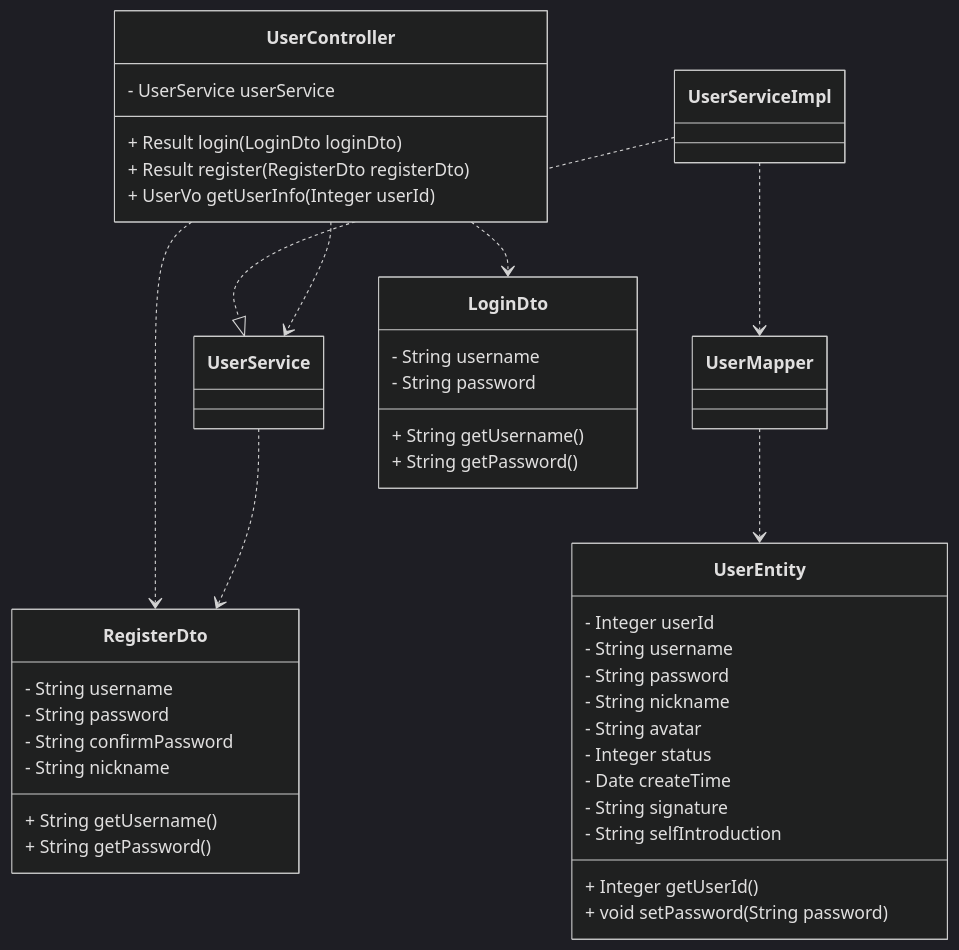
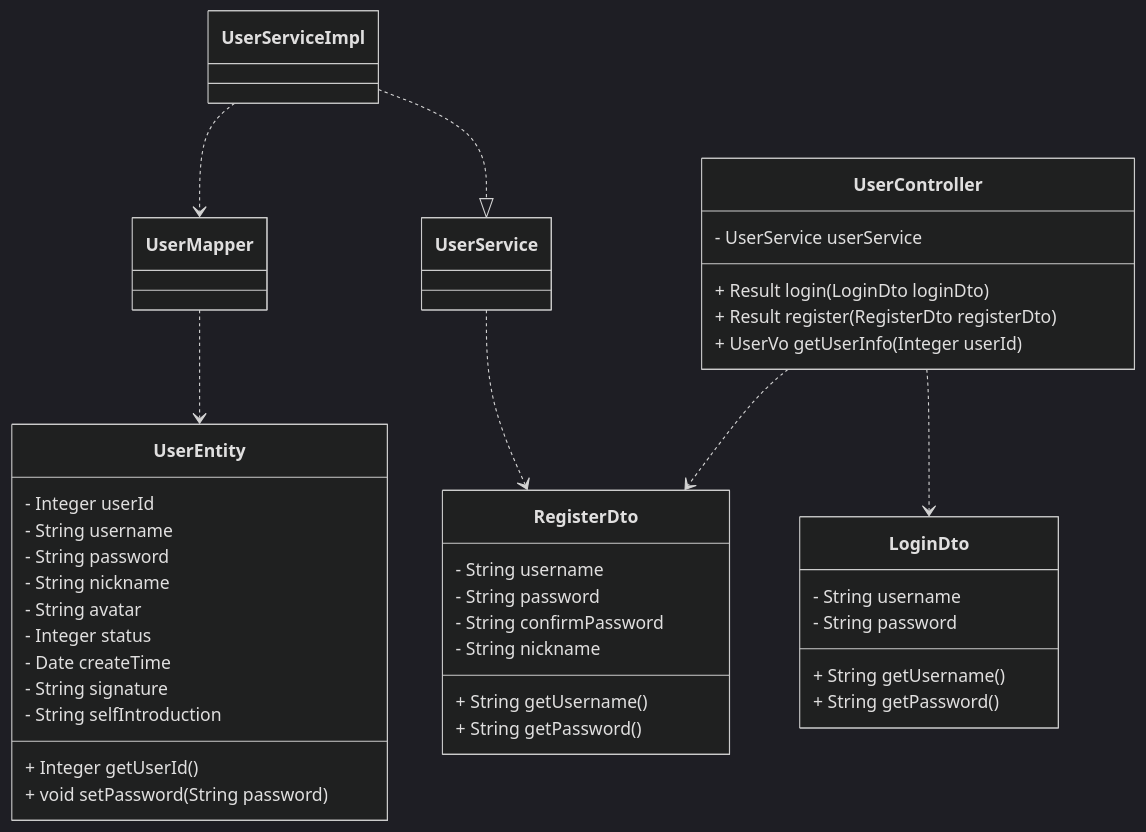
The diagram in all/未命名-1.md (DEbalanceUX/iodraw-files), drawn with Mermaid (dark theme) before and after one commit.

Commit message:
2025-12-10 22:54:32 update

````diff
--- a/all/未命名-1.md
+++ b/all/未命名-1.md
@@ -1,54 +1,52 @@
 ```mermaid
 classDiagram
     %% 实现关系：ServiceImpl 实现 Service 接口
     UserServiceImpl ..|> UserService
     %% 依赖关系：Controller 依赖 Service / ServiceImpl 依赖 Mapper
-    UserController ..> UserService
     UserServiceImpl ..> UserMapper
     %% 关联关系：核心数据载体关联
-
     UserMapper ..> UserEntity
     UserController ..> LoginDto
     UserController ..> RegisterDto
     UserService ..> RegisterDto
 
     %% 用户实体类（存储用户核心数据）
     class UserEntity {
         - Integer userId       
         - String username   
         - String password       
         - String nickname
         - String avatar
         - Integer status
         - Date createTime
         - String signature
         - String selfIntroduction 
         + Integer getUserId()
         + void setPassword(String password)
     }
     %% 登录请求数据传输类（接收前端参数）
     class LoginDto {
         - String username
         - String password
         + String getUsername()
         + String getPassword()
     }
      %% 注册请求数据传输类（接收前端参数）
     class RegisterDto {
         - String username      
         - String password      
         - String confirmPassword 
         - String nickname     
         + String getUsername()
         + String getPassword()
     }
 %% 控制器类（接收请求，返回响应）
     class UserController {
         - UserService userService
         + Result login(LoginDto loginDto)
         + Result register(RegisterDto registerDto)
         + UserVo getUserInfo(Integer userId)
     }
     
     
 ```
````
